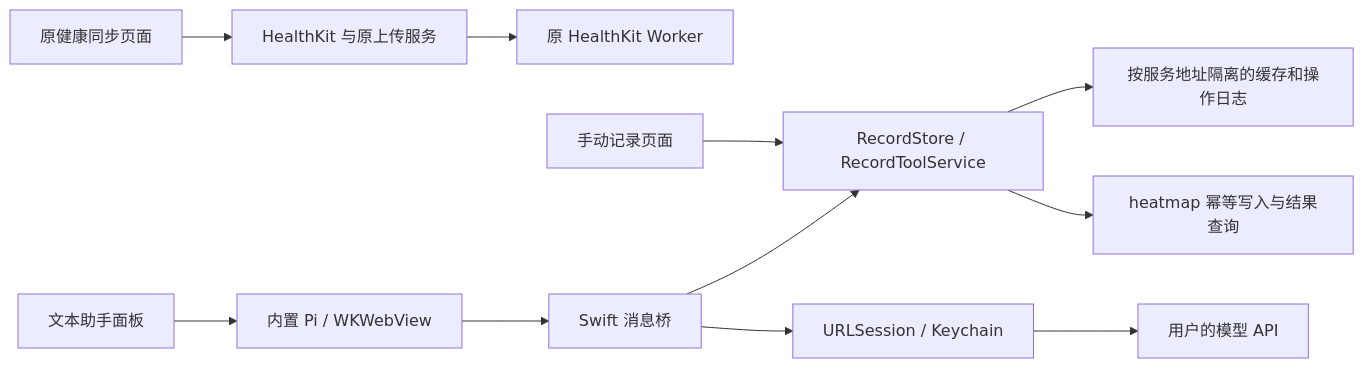
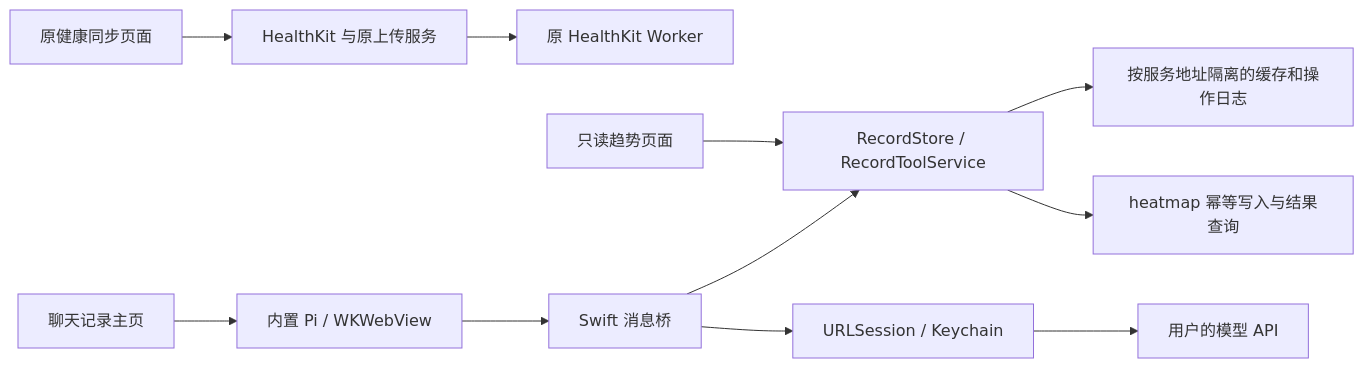
The diagram in docs/personal-records.md (BangBOOM/HealthKitSync), drawn with Mermaid before and after one commit. The commit also changed other lines of this file and 4 other files, not shown here.

Commit message:
Polish chart selection and document chat-first validation

````diff
--- a/docs/personal-records.md
+++ b/docs/personal-records.md
@@ -27,13 +29,13 @@
 ```mermaid
 flowchart LR
   Health[原健康同步页面] --> HK[HealthKit 与原上传服务]
   HK --> Original[原 HealthKit Worker]
-  Manual[手动记录页面] --> Ops[RecordStore / RecordToolService]
-  Text[文本助手面板] --> Pi[内置 Pi / WKWebView]
+  Trends[只读趋势页面] --> Ops[RecordStore / RecordToolService]
+  Text[聊天记录主页] --> Pi[内置 Pi / WKWebView]
   Pi --> Bridge[Swift 消息桥]
   Bridge --> Ops
   Bridge --> Session[URLSession / Keychain]
   Session --> Model[用户的模型 API]
   Ops --> Local[按服务地址隔离的缓存和操作日志]
   Ops --> Heatmap[heatmap 幂等写入与结果查询]
 ```
````
